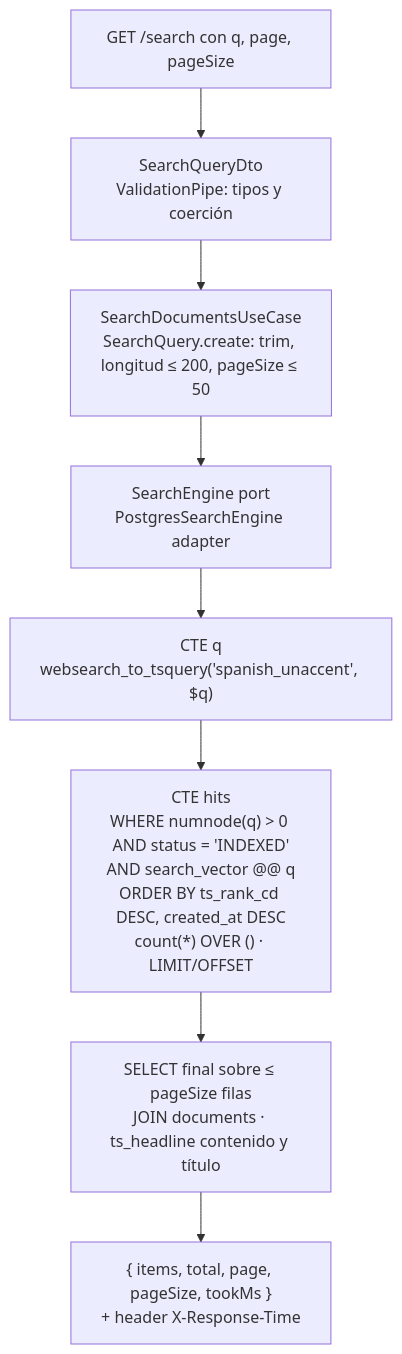
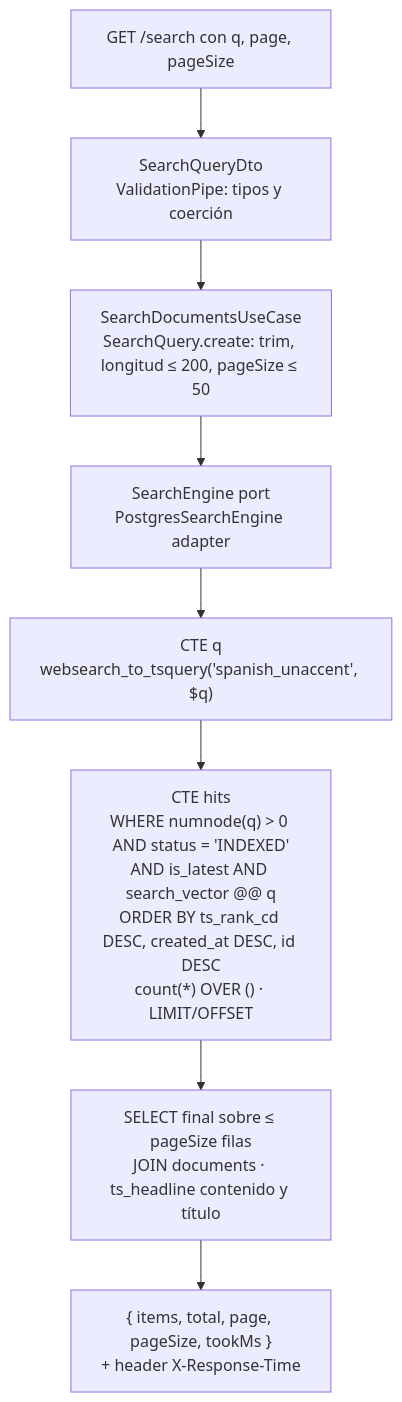
The third of 4 diagrams in docs/architecture.md (Santiago-DevCol/DaviApp), drawn with Mermaid before and after one commit. The commit also changed other lines of this file and 3 other files, not shown here.

Commit message:
docs: document content versioning rules and the prioritized roadmap

````diff
--- a/docs/architecture.md
+++ b/docs/architecture.md
@@ -105,10 +105,10 @@
 ```mermaid
 flowchart TD
   A["GET /search con q, page, pageSize"] --> B["SearchQueryDto<br/>ValidationPipe: tipos y coerción"]
   B --> C["SearchDocumentsUseCase<br/>SearchQuery.create: trim, longitud ≤ 200, pageSize ≤ 50"]
   C --> D["SearchEngine port<br/>PostgresSearchEngine adapter"]
   D --> E["CTE q<br/>websearch_to_tsquery('spanish_unaccent', $q)"]
-  E --> F["CTE hits<br/>WHERE numnode(q) > 0 AND status = 'INDEXED'<br/>AND search_vector @@ q<br/>ORDER BY ts_rank_cd DESC, created_at DESC<br/>count(*) OVER () · LIMIT/OFFSET"]
+  E --> F["CTE hits<br/>WHERE numnode(q) > 0 AND status = 'INDEXED'<br/>AND is_latest AND search_vector @@ q<br/>ORDER BY ts_rank_cd DESC, created_at DESC, id DESC<br/>count(*) OVER () · LIMIT/OFFSET"]
   F --> G["SELECT final sobre ≤ pageSize filas<br/>JOIN documents · ts_headline contenido y título"]
   G --> H["{ items, total, page, pageSize, tookMs }<br/>+ header X-Response-Time"]
 ```
````
